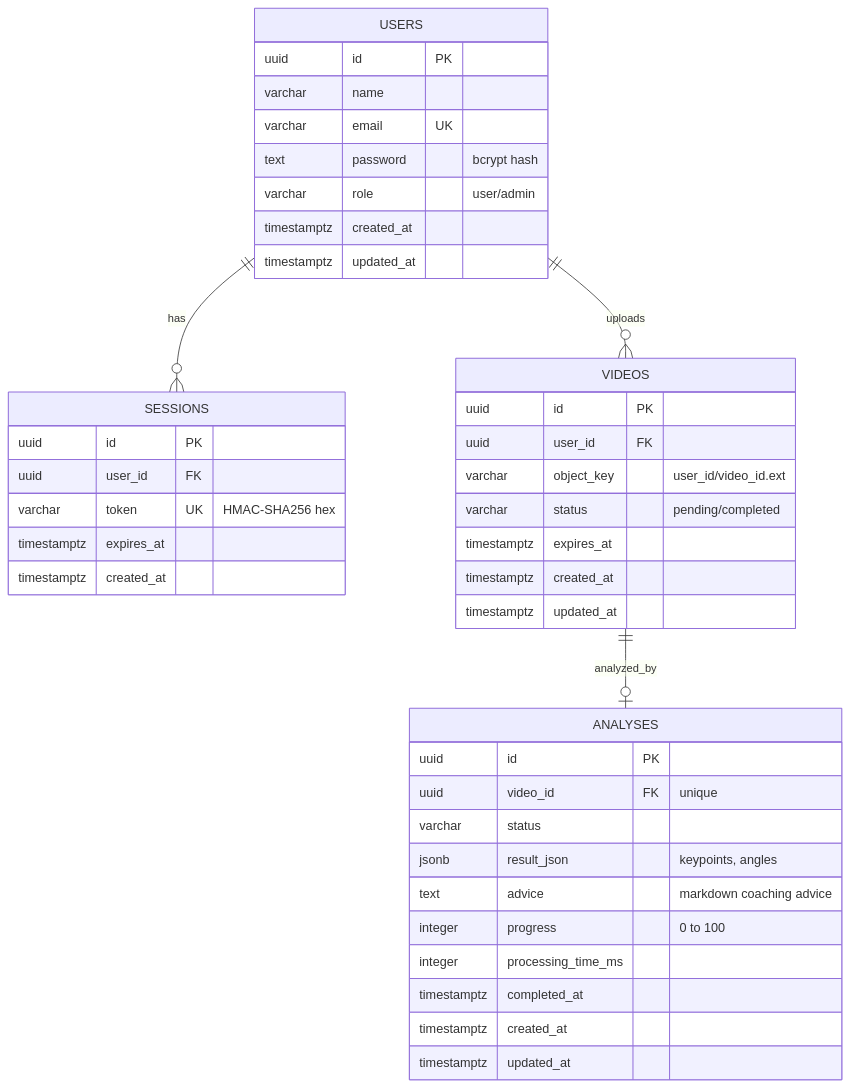
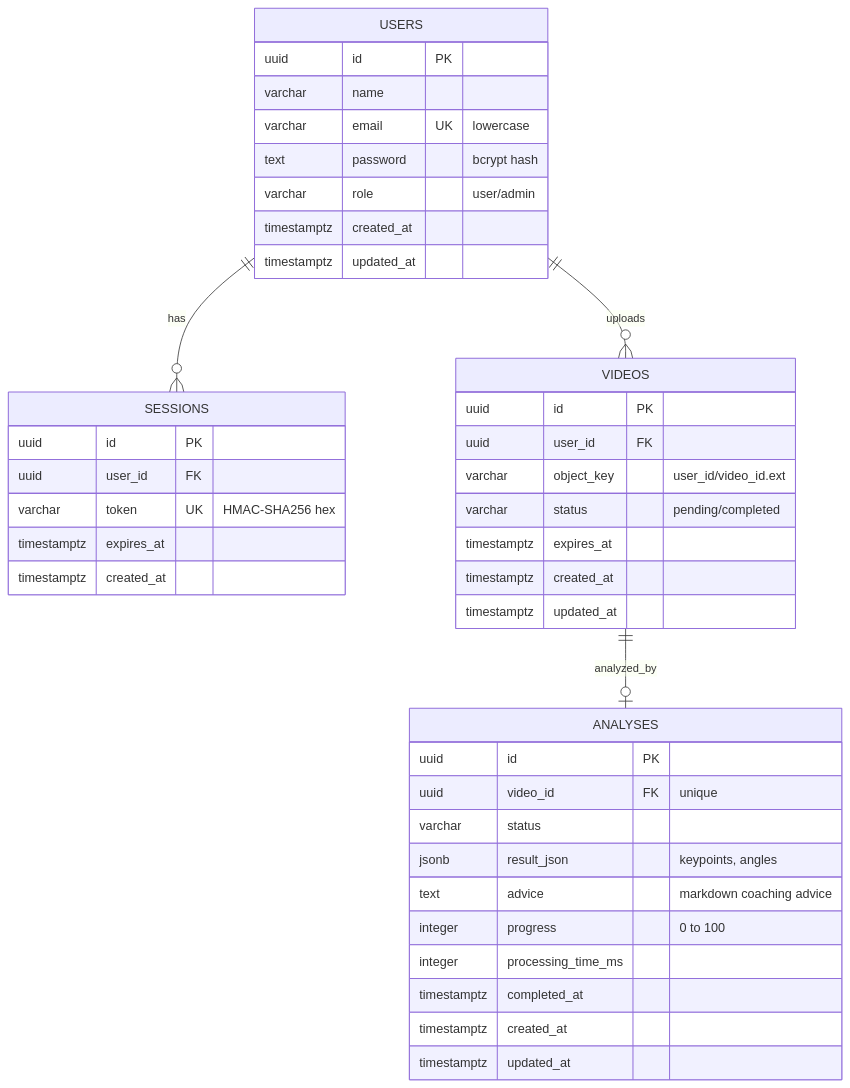
The first of 2 diagrams in docs/20-engineering/developer_guide/architecture/specifications/database-schema.md (Ascension-EIP/Ascension), drawn with Mermaid before and after one commit. The commit also changed other lines of this file, not shown here.

Commit message:
docs(database): document lowercase users email constraint

````diff
--- a/docs/20-engineering/developer_guide/architecture/specifications/database-schema.md
+++ b/docs/20-engineering/developer_guide/architecture/specifications/database-schema.md
@@ -88,47 +88,47 @@
 ```mermaid
 erDiagram
     USERS ||--o{ SESSIONS : has
     USERS ||--o{ VIDEOS : uploads
     VIDEOS ||--o| ANALYSES : analyzed_by
 
     USERS {
         uuid id PK
         varchar name
-        varchar email UK
+        varchar email UK "lowercase"
         text password "bcrypt hash"
         varchar role "user/admin"
         timestamptz created_at
         timestamptz updated_at
     }
 
     SESSIONS {
         uuid id PK
         uuid user_id FK
         varchar token UK "HMAC-SHA256 hex"
         timestamptz expires_at
         timestamptz created_at
     }
 
     VIDEOS {
         uuid id PK
         uuid user_id FK
         varchar object_key "user_id/video_id.ext"
         varchar status "pending/completed"
         timestamptz expires_at
         timestamptz created_at
         timestamptz updated_at
     }
 
     ANALYSES {
         uuid id PK
         uuid video_id FK "unique"
         varchar status
         jsonb result_json "keypoints, angles"
         text advice "markdown coaching advice"
         integer progress "0 to 100"
         integer processing_time_ms
         timestamptz completed_at
         timestamptz created_at
         timestamptz updated_at
     }
 ```
````
